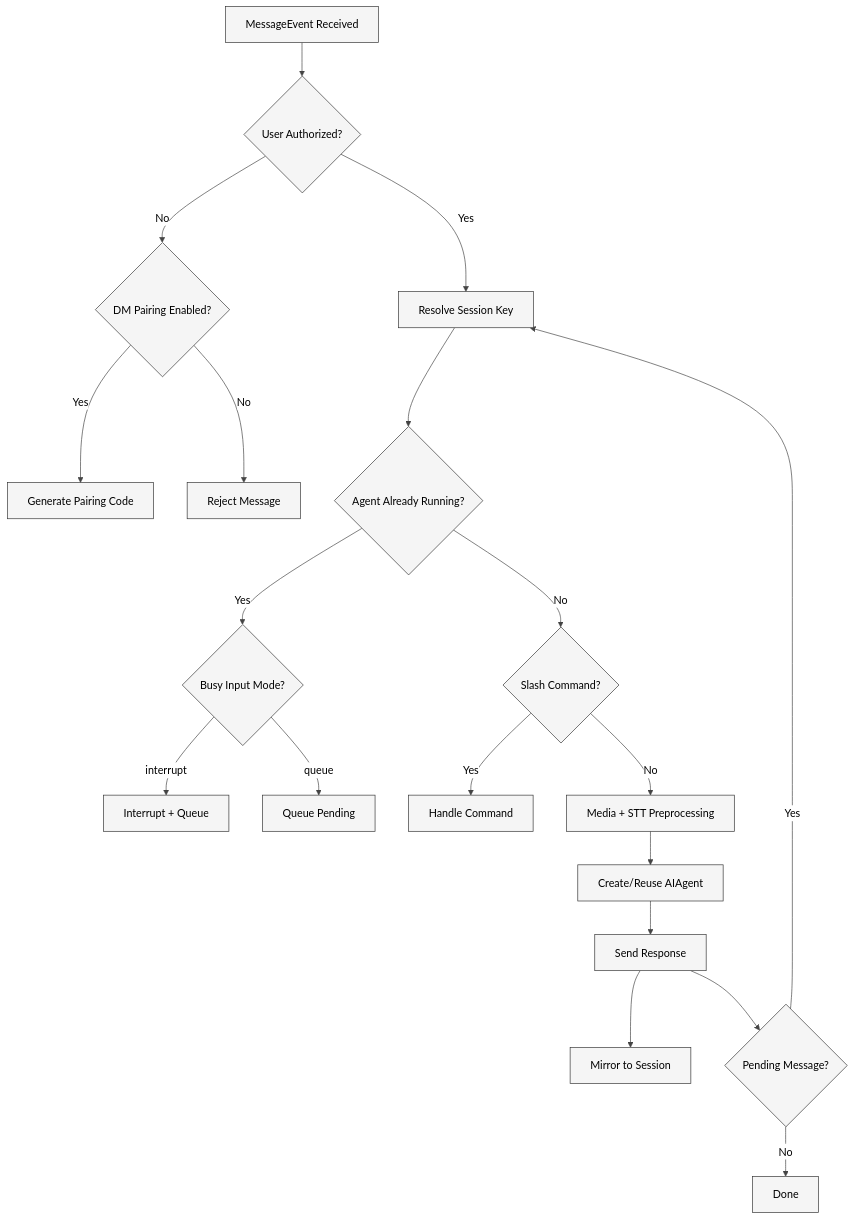
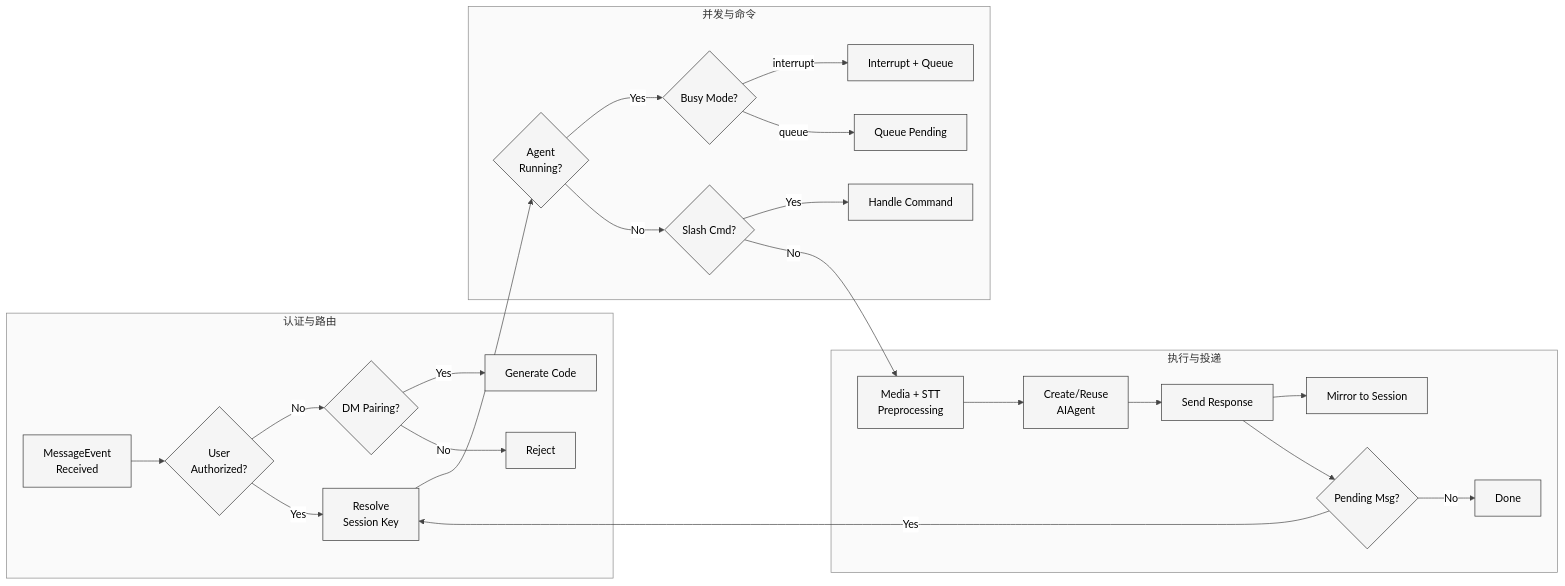
The second of 2 diagrams in Part II 源码分析/21-Gateway网关.md (xiaonancs/hermes-agent-study), drawn with Mermaid before and after one commit. The commit also changed other lines of this file and 32 other files, not shown here.

First line of the commit message:
Mermaid 图表修复：白色背景板 + 长宽比优化

````diff
--- a/Part II 源码分析/21-Gateway网关.md
+++ b/Part II 源码分析/21-Gateway网关.md
@@ -110,22 +110,28 @@
 ```mermaid
 %%{init: {'theme': 'neutral', 'themeVariables': {'background': '#ffffff', 'primaryColor': '#f5f5f5', 'primaryTextColor': '#000000', 'primaryBorderColor': '#333333', 'lineColor': '#444444', 'textColor': '#000000', 'mainBkg': '#f5f5f5', 'nodeBorder': '#333333', 'clusterBkg': '#fafafa', 'clusterBorder': '#888888', 'edgeLabelBackground': '#ffffff'}}}%%
-flowchart TD
-    START["MessageEvent Received"] --> AUTH_CHECK{"User Authorized?"}
-    AUTH_CHECK -->|No| PAIR_CHECK{"DM Pairing Enabled?"}
-    PAIR_CHECK -->|Yes| GEN_CODE["Generate Pairing Code"]
-    PAIR_CHECK -->|No| REJECT["Reject Message"]
-    AUTH_CHECK -->|Yes| SESSION["Resolve Session Key"]
-    SESSION --> BUSY{"Agent Already Running?"}
-    BUSY -->|Yes| MODE{"Busy Input Mode?"}
-    MODE -->|interrupt| INTERRUPT["Interrupt + Queue"]
-    MODE -->|queue| QUEUE["Queue Pending"]
-    BUSY -->|No| CMD_CHECK{"Slash Command?"}
-    CMD_CHECK -->|Yes| HANDLE_CMD["Handle Command"]
-    CMD_CHECK -->|No| PREPROCESS["Media + STT Preprocessing"]
-    PREPROCESS --> AGENT_RUN["Create/Reuse AIAgent"]
-    AGENT_RUN --> RESPONSE["Send Response"]
-    RESPONSE --> MIRROR["Mirror to Session"]
-    RESPONSE --> PENDING{"Pending Message?"}
-    PENDING -->|Yes| SESSION
-    PENDING -->|No| DONE["Done"]
+flowchart LR
+    subgraph phase1 ["认证与路由"]
+        START["MessageEvent<br/>Received"] --> AUTH{"User<br/>Authorized?"}
+        AUTH -->|No| PAIR{"DM Pairing?"}
+        PAIR -->|Yes| CODE["Generate Code"]
+        PAIR -->|No| REJECT["Reject"]
+        AUTH -->|Yes| SESSION["Resolve<br/>Session Key"]
+    end
+    subgraph phase2 ["并发与命令"]
+        SESSION --> BUSY{"Agent<br/>Running?"}
+        BUSY -->|Yes| MODE{"Busy Mode?"}
+        MODE -->|interrupt| INT["Interrupt + Queue"]
+        MODE -->|queue| QUE["Queue Pending"]
+        BUSY -->|No| CMD{"Slash Cmd?"}
+        CMD -->|Yes| HANDLE["Handle Command"]
+    end
+    subgraph phase3 ["执行与投递"]
+        CMD -->|No| PRE["Media + STT<br/>Preprocessing"]
+        PRE --> AGENT["Create/Reuse<br/>AIAgent"]
+        AGENT --> RESP["Send Response"]
+        RESP --> MIRR["Mirror to Session"]
+        RESP --> PEND{"Pending Msg?"}
+        PEND -->|Yes| SESSION
+        PEND -->|No| DONE["Done"]
+    end
 ```
````
